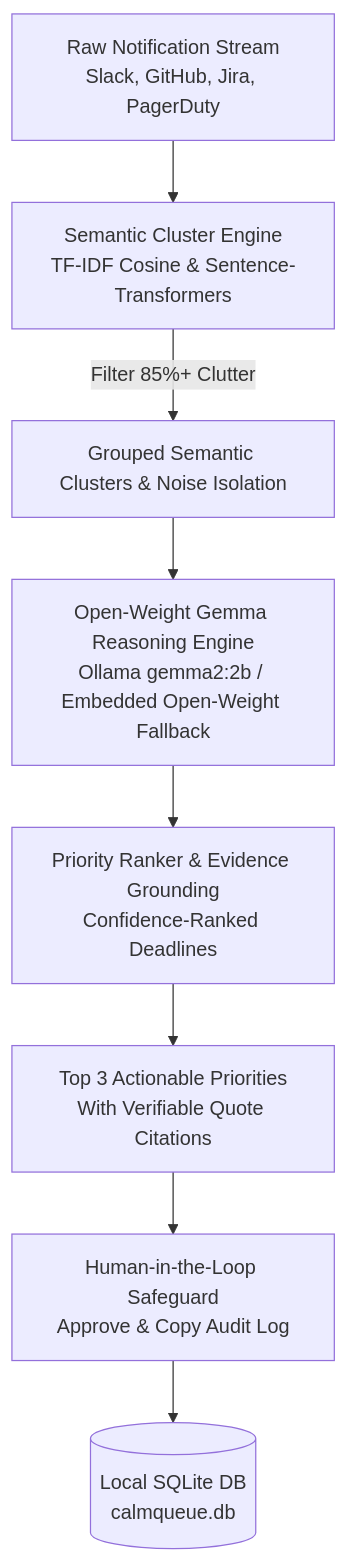
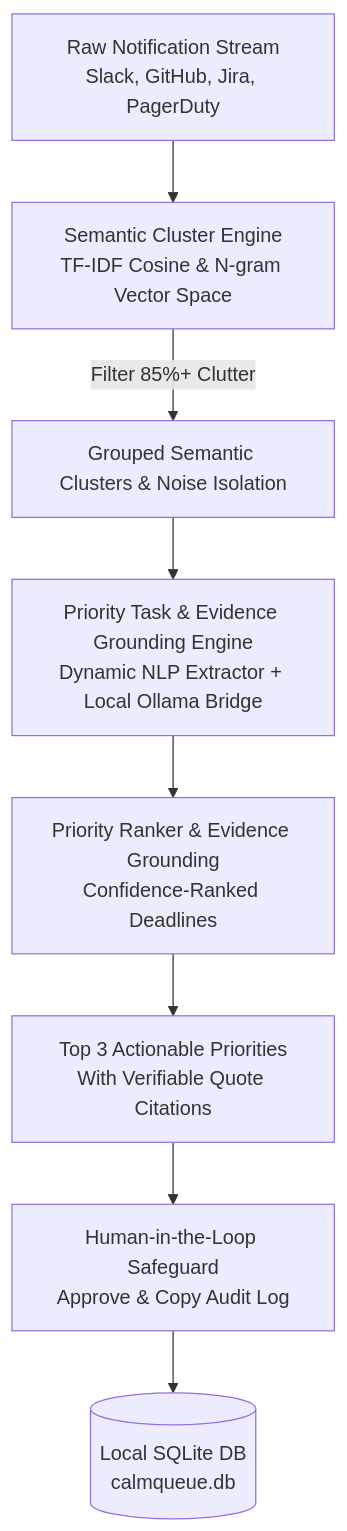
The diagram in README.md (GaneshNair007/calmqueue), drawn with Mermaid before and after one commit. The commit also changed other lines of this file and 6 other files, not shown here.

Commit message:
fix: update benchmark terminology, dynamic task extractor, and transparent architecture

````diff
--- a/README.md
+++ b/README.md
@@ -55,10 +55,10 @@
 ```mermaid
 graph TD
-    A[Raw Notification Stream\nSlack, GitHub, Jira, PagerDuty] --> B[Semantic Cluster Engine\nTF-IDF Cosine & Sentence-Transformers]
+    A[Raw Notification Stream\nSlack, GitHub, Jira, PagerDuty] --> B[Semantic Cluster Engine\nTF-IDF Cosine & N-gram Vector Space]
     B -->|Filter 85%+ Clutter| C[Grouped Semantic Clusters & Noise Isolation]
-    C --> D[Open-Weight Gemma Reasoning Engine\nOllama gemma2:2b / Embedded Open-Weight Fallback]
+    C --> D[Priority Task & Evidence Grounding Engine\nDynamic NLP Extractor + Local Ollama Bridge]
     D --> E[Priority Ranker & Evidence Grounding\nConfidence-Ranked Deadlines]
     E --> F[Top 3 Actionable Priorities\nWith Verifiable Quote Citations]
     F --> G[Human-in-the-Loop Safeguard\nApprove & Copy Audit Log]
     G --> H[(Local SQLite DB\ncalmqueue.db)]
 ```
````
